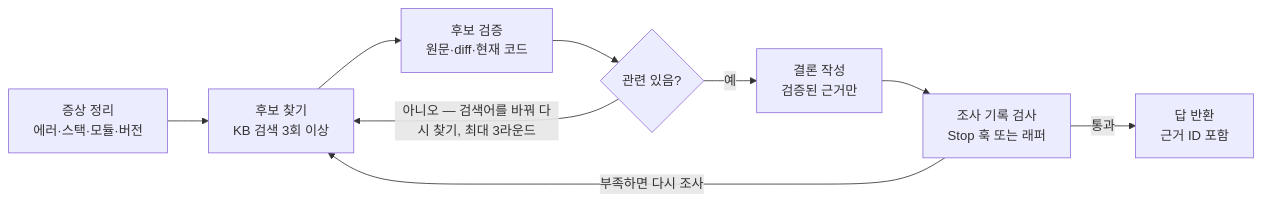
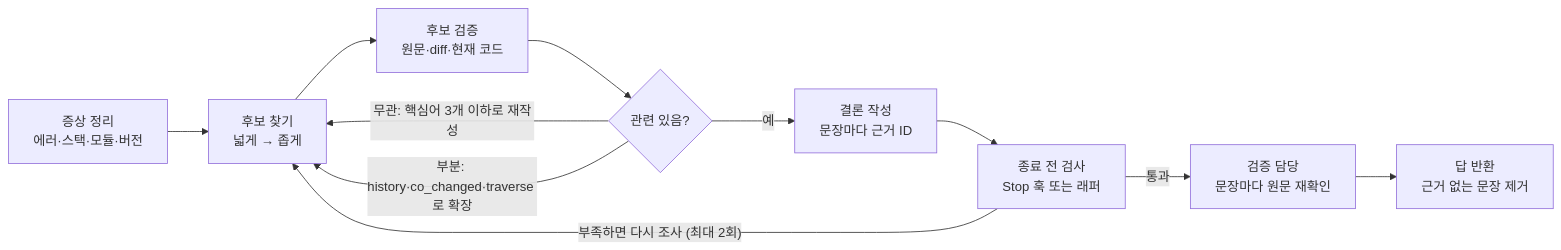
The first of 2 diagrams in wiki/patterns/headless-agent-kb-research-enforcement.md (min5859/llm_wiki), drawn with Mermaid before and after one commit. The commit also changed other lines of this file and 2 other files, not shown here.

````diff
--- a/wiki/patterns/headless-agent-kb-research-enforcement.md
+++ b/wiki/patterns/headless-agent-kb-research-enforcement.md
@@ -54,11 +50,13 @@
 ```mermaid
 flowchart LR
-  A["증상 정리<br/>에러·스택·모듈·버전"] --> B["후보 찾기<br/>KB 검색 3회 이상"]
+  A["증상 정리<br/>에러·스택·모듈·버전"] --> B["후보 찾기<br/>넓게 → 좁게"]
   B --> C["후보 검증<br/>원문·diff·현재 코드"]
   C --> D{"관련 있음?"}
-  D -->|"아니오 — 검색어를 바꿔 다시 찾기, 최대 3라운드"| B
-  D -->|"예"| E["결론 작성<br/>검증된 근거만"]
-  E --> F["조사 기록 검사<br/>Stop 훅 또는 래퍼"]
-  F -->|"부족하면 다시 조사"| B
-  F -->|"통과"| G["답 반환<br/>근거 ID 포함"]
+  D -->|"무관: 핵심어 3개 이하로 재작성"| B
+  D -->|"부분: history·co_changed·traverse 로 확장"| B
+  D -->|"예"| E["결론 작성<br/>문장마다 근거 ID"]
+  E --> F["종료 전 검사<br/>Stop 훅 또는 래퍼"]
+  F -->|"부족하면 다시 조사 (최대 2회)"| B
+  F -->|"통과"| V["검증 담당<br/>문장마다 원문 재확인"]
+  V --> G["답 반환<br/>근거 없는 문장 제거"]
 ```
````
